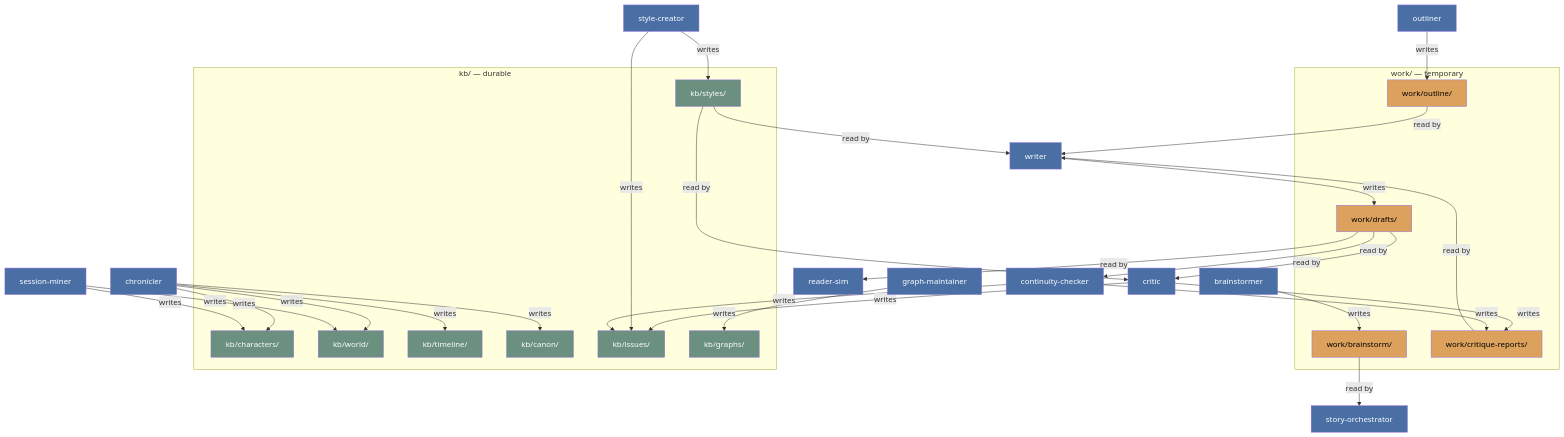
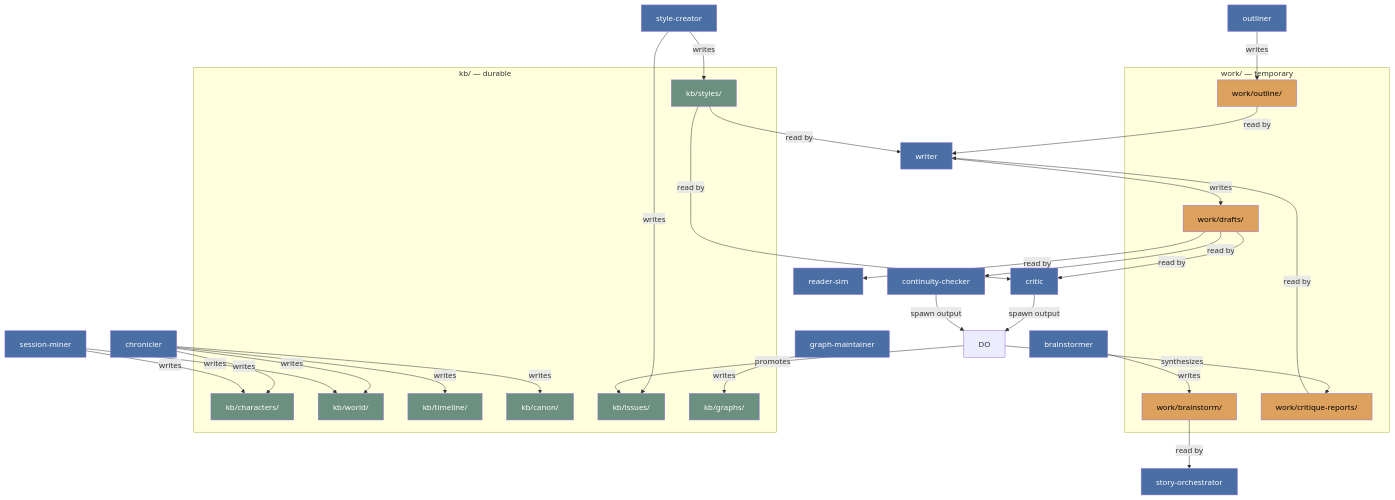
One commit to haowjy/creative-writing-skills changed the fourth of 4 diagrams in docs/architecture.md. Above: the diagram before and after it, drawn with Mermaid. The commit also changed other lines of this file and 9 other files, not shown here.

````diff
--- a/docs/architecture.md
+++ b/docs/architecture.md
@@ -231,59 +226,59 @@
 ```mermaid
 graph TD
     subgraph "work/ — temporary"
         WB["work/brainstorm/"]
         WO["work/outline/"]
         WD["work/drafts/"]
         WC["work/critique-reports/"]
     end
 
     subgraph "kb/ — durable"
         KS["kb/styles/"]
         KC["kb/characters/"]
         KW["kb/world/"]
         KT["kb/timeline/"]
         KCN["kb/canon/"]
         KI["kb/issues/"]
         KG["kb/graphs/"]
     end
 
     BS[brainstormer] -->|writes| WB
     WB -->|read by| SO[story-orchestrator]
 
     OL[outliner] -->|writes| WO
     WO -->|read by| WR[writer]
 
     WR -->|writes| WD
     WD -->|read by| CR[critic]
     WD -->|read by| RS[reader-sim]
     WD -->|read by| CC[continuity-checker]
 
-    CR -->|writes| WC
-    CC -->|writes| WC
+    CR[critic] -->|spawn output| DO
+    CC[continuity-checker] -->|spawn output| DO
+    DO -->|synthesizes| WC
     WC -->|read by| WR
 
     SC[style-creator] -->|writes| KS
     KS -->|read by| WR
     KS -->|read by| CR
 
     CH[chronicler] -->|writes| KC
     CH -->|writes| KW
     CH -->|writes| KT
     CH -->|writes| KCN
     SM[session-miner] -->|writes| KC
     SM -->|writes| KW
 
-    CR -->|writes| KI
     SC -->|writes| KI
-    CC -->|writes| KI
+    DO -->|promotes| KI
 
     GM[graph-maintainer] -->|writes| KG
 
     classDef work fill:#dda15e,color:#000
     classDef kb fill:#6b9080,color:#fff
     classDef agent fill:#4a6fa5,color:#fff
 
     class WB,WO,WD,WC work
     class KS,KC,KW,KT,KCN,KI,KG kb
     class BS,OL,WR,CR,RS,CC,SC,CH,SM,GM,SO agent
 ```
````
